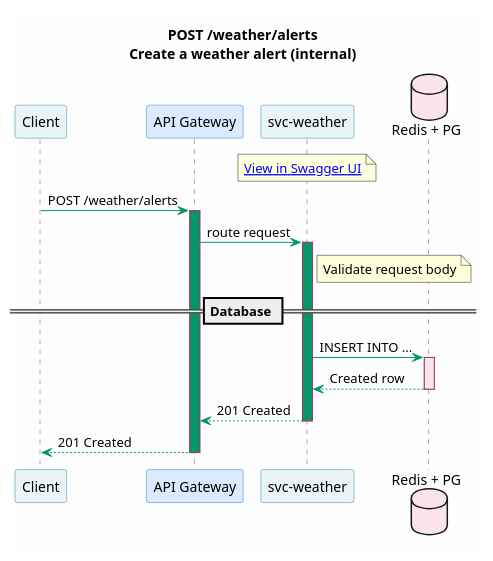
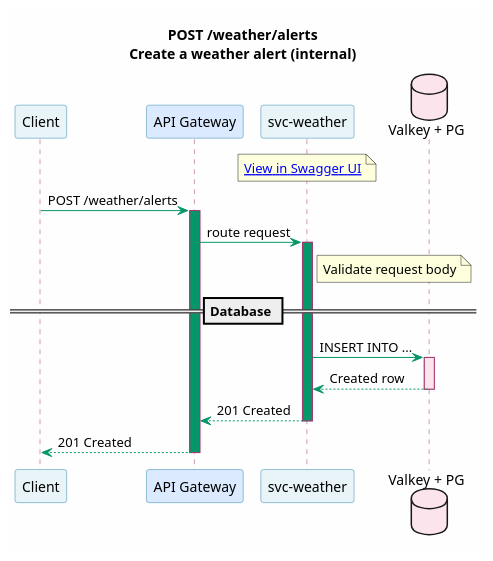
The diagram in portal/docs/microservices/puml/svc-weather--post-weather-alerts.puml (christopherblaisdell/continuous-architecture-platform-poc), drawn with PlantUML before and after one commit. The commit also changed 188 other files, not shown here.

Commit message:
added more complex sequence diagrams

```diff
--- a/portal/docs/microservices/puml/svc-weather--post-weather-alerts.puml
+++ b/portal/docs/microservices/puml/svc-weather--post-weather-alerts.puml
@@ -1,47 +1,47 @@
 @startuml svc-weather--post-weather-alerts
 
 skinparam backgroundColor #FEFEFE
 skinparam shadowing false
 skinparam defaultFontName "Segoe UI"
 skinparam sequence {
     ArrowColor #059669
     ParticipantBorderColor #2E86AB
     ParticipantBackgroundColor #E8F4F8
     LifeLineBorderColor #A23B72
     BoxBorderColor #F18F01
     BoxBackgroundColor #FFF8F0
     NoteBorderColor #c77b30
     NoteBackgroundColor #FEF3E7
 }
 
 title POST /weather/alerts\nCreate a weather alert (internal)
 
 participant "Client" as Client
 participant "API Gateway" as GW #DBEAFE
 participant "svc-weather" as Svc [[/microservices/svc-weather/]] #E8F4F8
-database "Redis + PG" as DB #FCE4EC
+database "Valkey + PG" as DB #FCE4EC
 
 note over Svc
   [[/services/api/svc-weather.html#/Alerts/createWeatherAlert View in Swagger UI]]
 end note
 
 Client -> GW : POST /weather/alerts
 activate GW #059669
 GW -> Svc : route request
 activate Svc #059669
 
 note right of Svc : Validate request body
 
 == Database ==
 
 Svc -> DB : INSERT INTO ...
 activate DB #FCE4EC
 DB --> Svc : Created row
 deactivate DB
 
 Svc --> GW : 201 Created
 deactivate Svc
 GW --> Client : 201 Created
 deactivate GW
 
 @enduml
```
